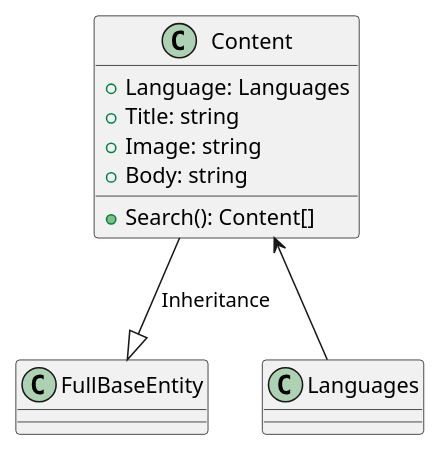
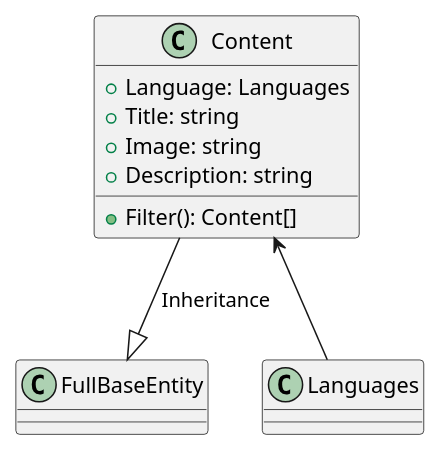
Before and after one commit to evrendev/sport-club: the diagram in uml/Content/Content.puml, drawn with PlantUML. The commit also changed 40 other files, not shown here.

```diff
--- a/uml/Content/Content.puml
+++ b/uml/Content/Content.puml
@@ -1,14 +1,14 @@
 @startuml Content Class Diagram
 
 class Content {
     + Language: Languages
     + Title: string
     + Image: string
-    + Body: string
+    + Description: string
 
-    + Search(): Content[]
+    + Filter(): Content[]
 }
 
 Content --|> FullBaseEntity: Inheritance
 Content <-- Languages
 @enduml
```
